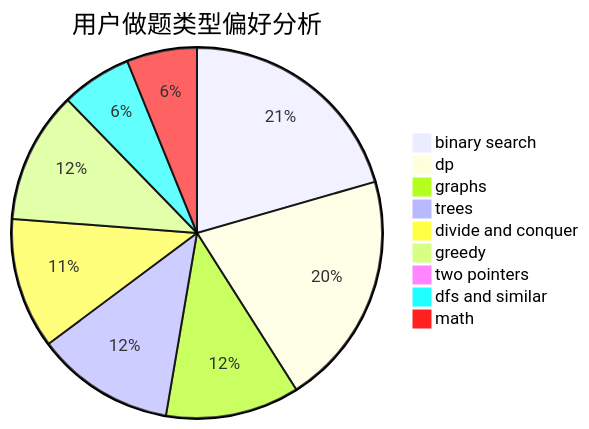
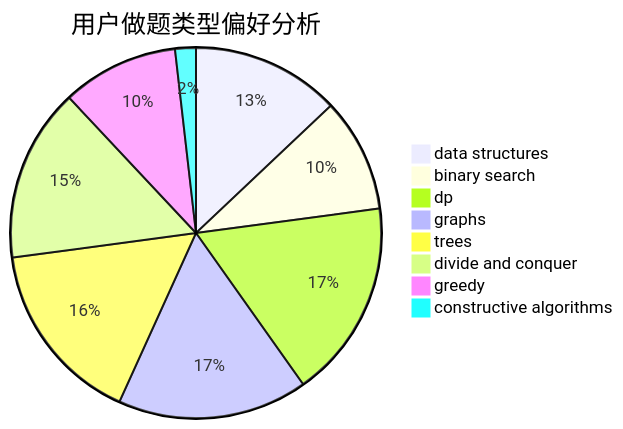
Before and after one commit to sherpahu/cfrs.github.io: the second of 3 diagrams in docs/user/u821.md, drawn with Mermaid. The commit also changed other lines of this file and 2775 other files, not shown here.

````diff
--- a/docs/user/u821.md
+++ b/docs/user/u821.md
@@ -23,12 +23,11 @@
 ```mermaid
 pie title 用户做题类型偏好分析
-    "binary search" :  241
-    "dp" :  240
+    "data structures" :  107
+    "binary search" :  82
+    "dp" :  143
     "graphs" :  137
-    "trees" :  142
-    "divide and conquer" :  134
-    "greedy" :  135
-    "two pointers" :  0
-    "dfs and similar" :  72
-    "math" :  72
+    "trees" :  133
+    "divide and conquer" :  125
+    "greedy" :  84
+    "constructive algorithms" :  15
 ```
````
